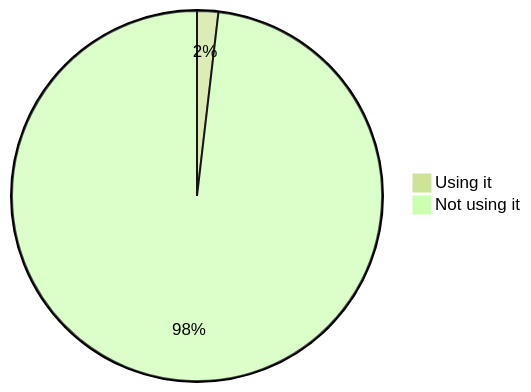
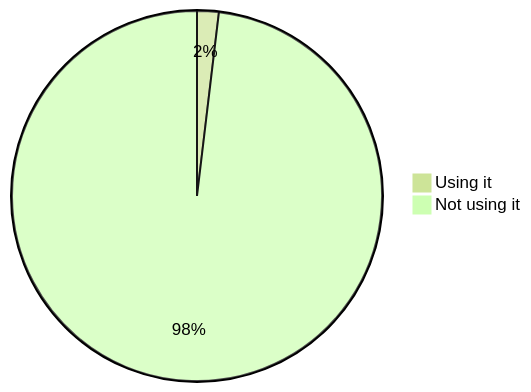
The seventh of 22 diagrams in stats.md (oshp/oshp-stats), drawn with Mermaid (forest theme) before and after one commit. The commit also changed other lines of this file, not shown here.

````diff
--- a/stats.md
+++ b/stats.md
@@ -82,6 +82,6 @@
 ```mermaid
 pie
-	"Using it" : 1.85
-	"Not using it" : 98.15
+	"Using it" : 1.89
+	"Not using it" : 98.11
 
 ```
````
